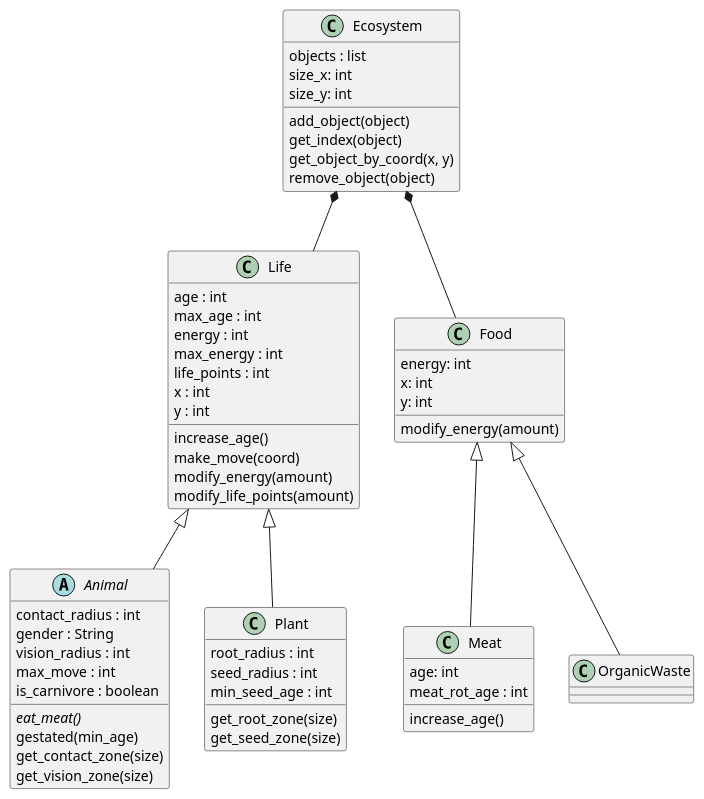
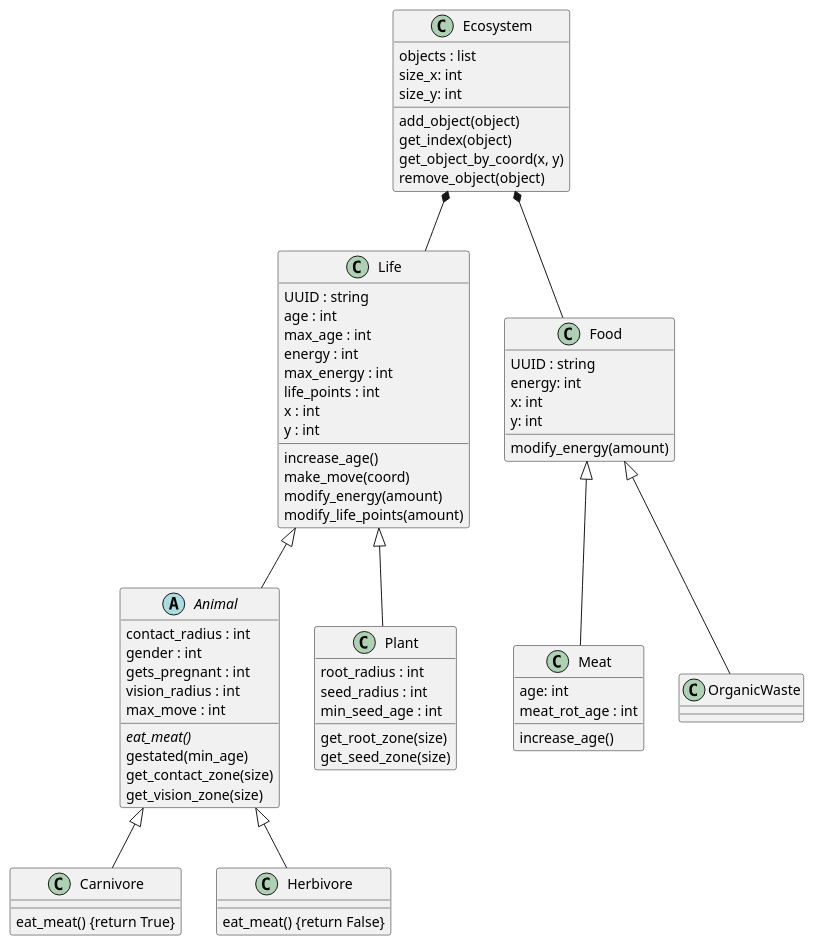
One commit to fred-corp/Ecosystem_PO3L_ECAM changed the diagram in development/class_diagram.plantuml. Above: the diagram before and after it, drawn with PlantUML.

Commit message:
updated class diagram UML

```diff
--- a/development/class_diagram.plantuml
+++ b/development/class_diagram.plantuml
@@ -1,68 +1,80 @@
 @startuml classes_classes
 set namespaceSeparator none
 
 class "Ecosystem" as classes.ecosystem.Ecosystem {
   objects : list
   size_x: int
   size_y: int
   add_object(object)
   get_index(object)
   get_object_by_coord(x, y)
   remove_object(object)
 }
 
 class "Life" as classes.life.Life {
+  UUID : string
   age : int
   max_age : int
   energy : int
   max_energy : int
   life_points : int
   x : int
   y : int
   increase_age()
   make_move(coord)
   modify_energy(amount)
   modify_life_points(amount)
 }
 
 class "Food" as classes.food.Food {
+  UUID : string
   energy: int
   x: int
   y: int
   modify_energy(amount)
 }
 
 abstract class "Animal" as classes.animal.Animal {
   contact_radius : int
-  gender : String
+  gender : int
+  gets_pregnant : int
   vision_radius : int
   max_move : int
-  is_carnivore : boolean
   {abstract} eat_meat()
   gestated(min_age)
   get_contact_zone(size)
   get_vision_zone(size)
+}
+
+class "Carnivore" as classes.carnivore.Carnivore {
+  eat_meat() {return True}
+}
+
+class "Herbivore" as classes.herbivore.Herbivore {
+  eat_meat() {return False}
 }
 
 class "Meat" as classes.meat.Meat {
   age: int
   meat_rot_age : int
   increase_age()
 }
 class "OrganicWaste" as classes.organic_waste.OrganicWaste {
 }
 class "Plant" as classes.plant.Plant {
   root_radius : int
   seed_radius : int
   min_seed_age : int
   get_root_zone(size)
   get_seed_zone(size)
 }
 
 classes.ecosystem.Ecosystem *-- classes.life.Life
 classes.ecosystem.Ecosystem *-- classes.food.Food
 classes.life.Life <|-- classes.animal.Animal
 classes.life.Life <|-- classes.plant.Plant
 classes.food.Food <|-- classes.meat.Meat
 classes.food.Food <|-- classes.organic_waste.OrganicWaste
+classes.animal.Animal <|-- classes.carnivore.Carnivore
+classes.animal.Animal <|-- classes.herbivore.Herbivore
 @enduml
```
